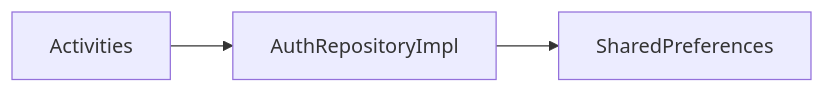
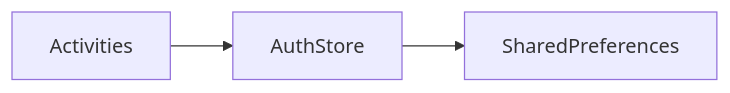
One commit to gael55x/Renvest-mobile changed the diagram in docs/architecture.md. Above: the diagram before and after it, drawn with Mermaid. The commit also changed other lines of this file and 24 other files, not shown here.

Commit message:
refactor: replace auth repository with auth store

````diff
--- a/docs/architecture.md
+++ b/docs/architecture.md
@@ -9,8 +9,8 @@
 ```mermaid
 flowchart LR
   Screens[Activities]
-  Repo[AuthRepositoryImpl]
+  Repo[AuthStore]
   Prefs[SharedPreferences]
   Screens --> Repo
   Repo --> Prefs
 ```
````
